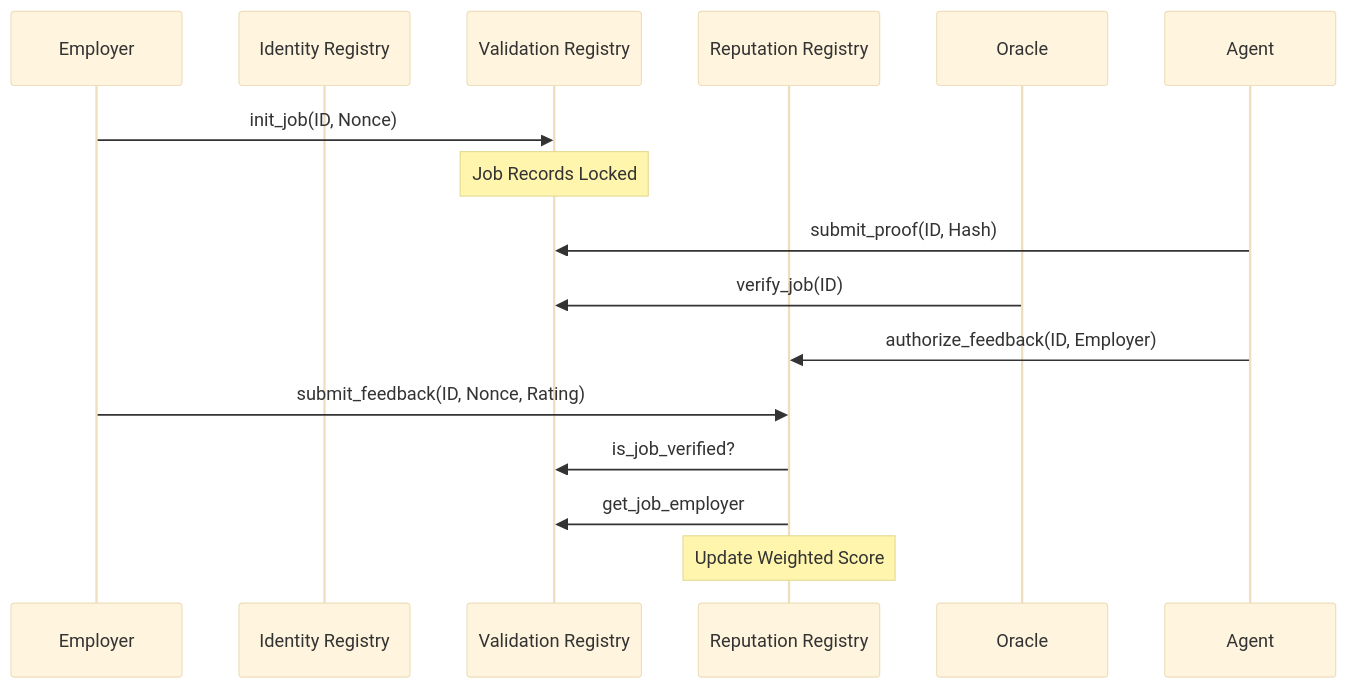
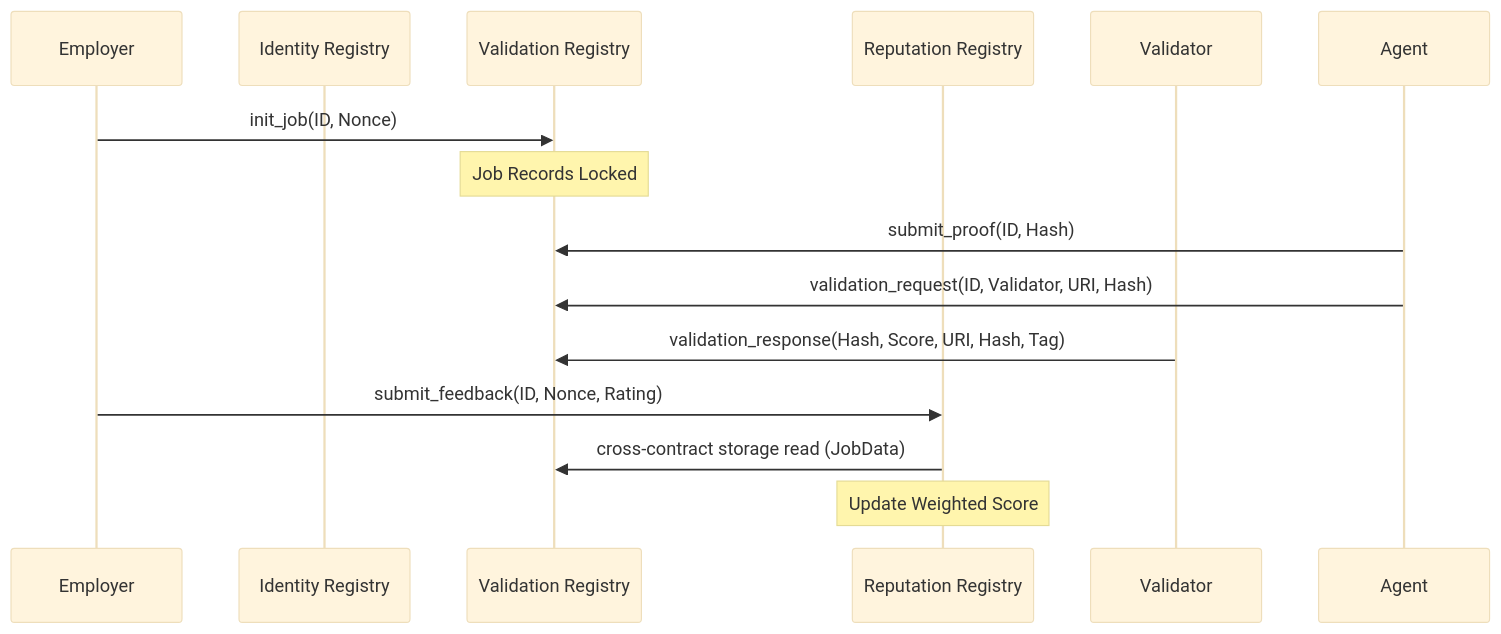
The diagram in mx8004_technical_specs.md (sasurobert/multiversx-agent-standard), drawn with Mermaid (base theme) before and after one commit. The commit also changed other lines of this file and 1 other file, not shown here.

Commit message:
ERC-8004: update EIP draft and tech specs to align with current contract

````diff
--- a/mx8004_technical_specs.md
+++ b/mx8004_technical_specs.md
@@ -152,21 +156,19 @@
 ```mermaid
 sequenceDiagram
     participant Employer
     participant Identity Registry
     participant Validation Registry
     participant Reputation Registry
-    participant Oracle
+    participant Validator
 
     Employer->>Validation Registry: init_job(ID, Nonce)
     Note over Validation Registry: Job Records Locked
     
     Agent->>Validation Registry: submit_proof(ID, Hash)
-    Oracle->>Validation Registry: verify_job(ID)
-    
-    Agent->>Reputation Registry: authorize_feedback(ID, Employer)
+    Agent->>Validation Registry: validation_request(ID, Validator, URI, Hash)
+    Validator->>Validation Registry: validation_response(Hash, Score, URI, Hash, Tag)
     
     Employer->>Reputation Registry: submit_feedback(ID, Nonce, Rating)
-    Reputation Registry->>Validation Registry: is_job_verified?
-    Reputation Registry->>Validation Registry: get_job_employer
+    Reputation Registry->>Validation Registry: cross-contract storage read (JobData)
     Note over Reputation Registry: Update Weighted Score
 ```
````
